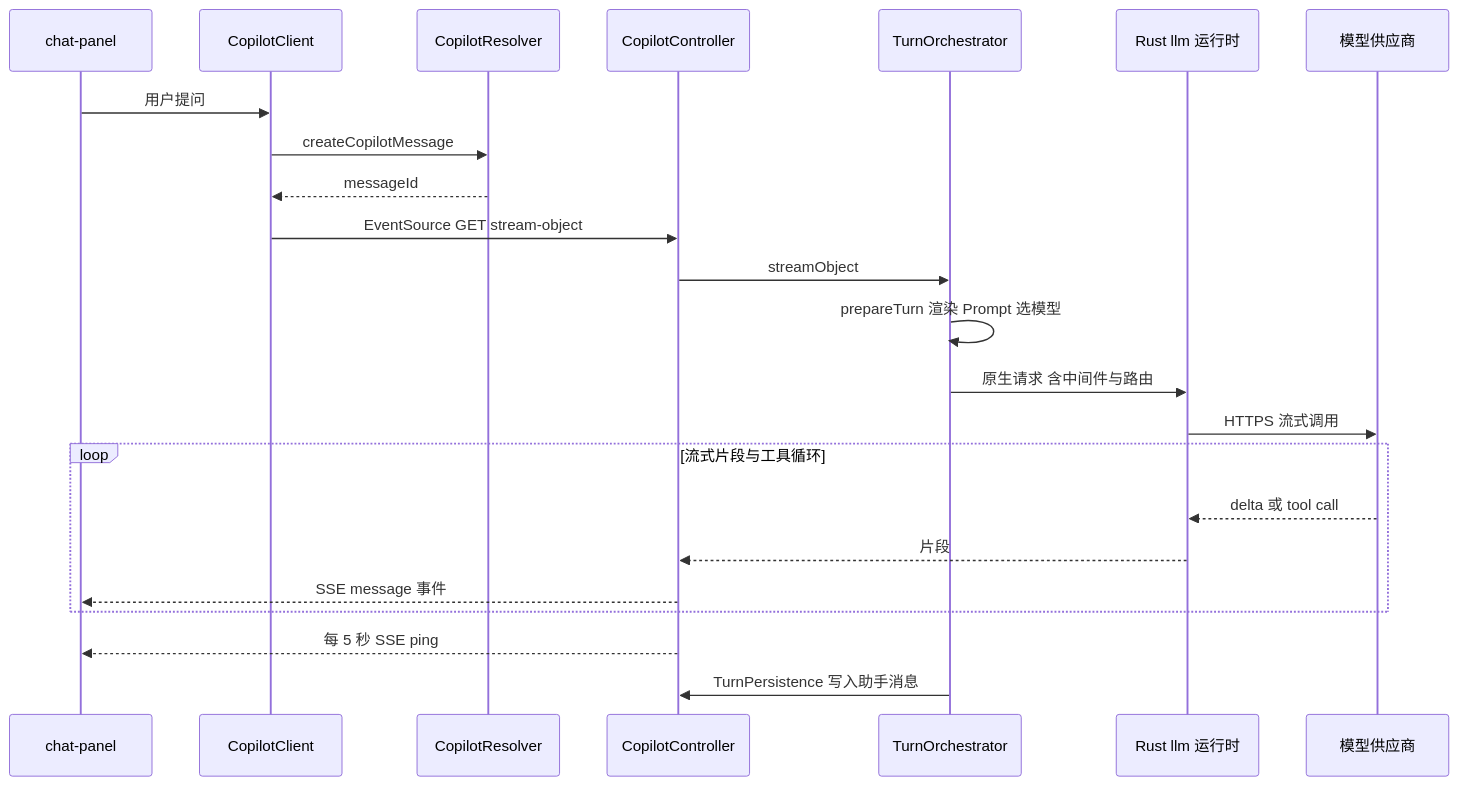
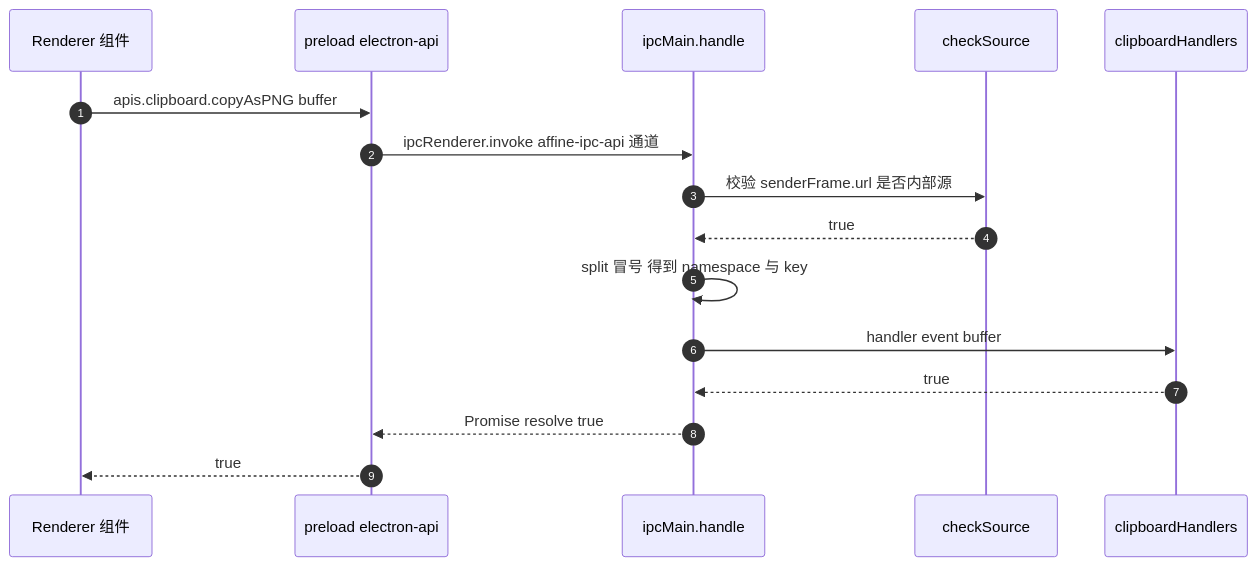
One commit to lfire/AFFiNE changed the third of 6 diagrams in learning-guide/slides/decks/24.md. Above: the diagram before and after it, drawn with Mermaid. The commit also changed other lines of this file and 73 other files, not shown here.

````diff
--- a/learning-guide/slides/decks/24.md
+++ b/learning-guide/slides/decks/24.md
@@ -127,25 +207,18 @@
 ```mermaid
 sequenceDiagram
-  participant UI as chat-panel
-  participant CC as CopilotClient
-  participant GQL as CopilotResolver
-  participant C as CopilotController
-  participant T as TurnOrchestrator
-  participant N as Rust llm 运行时
-  participant P as 模型供应商
-  UI->>CC: 用户提问
-  CC->>GQL: createCopilotMessage
-  GQL-->>CC: messageId
-  CC->>C: EventSource GET stream-object
-  C->>T: streamObject
-  T->>T: prepareTurn 渲染 Prompt 选模型
-  T->>N: 原生请求 含中间件与路由
-  N->>P: HTTPS 流式调用
-  loop 流式片段与工具循环
-    P-->>N: delta 或 tool call
-    N-->>C: 片段
-    C-->>UI: SSE message 事件
-  end
-  C-->>UI: 每 5 秒 SSE ping
-  T->>C: TurnPersistence 写入助手消息
+  autonumber
+  participant UI as Renderer 组件
+  participant PL as preload electron-api
+  participant IPC as ipcMain.handle
+  participant SR as checkSource
+  participant H as clipboardHandlers
+  UI->>PL: apis.clipboard.copyAsPNG buffer
+  PL->>IPC: ipcRenderer.invoke affine-ipc-api 通道
+  IPC->>SR: 校验 senderFrame.url 是否内部源
+  SR-->>IPC: true
+  IPC->>IPC: split 冒号 得到 namespace 与 key
+  IPC->>H: handler event buffer
+  H-->>IPC: true
+  IPC-->>PL: Promise resolve true
+  PL-->>UI: true
 ```
````
